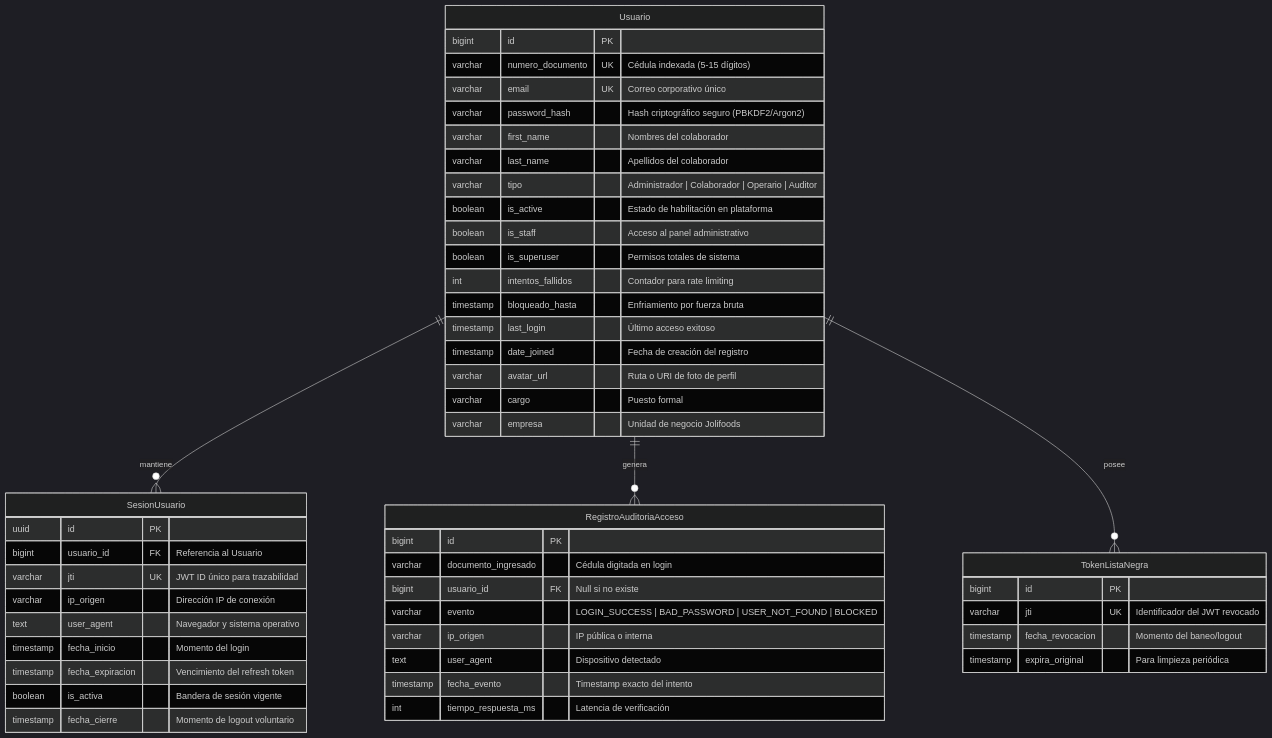
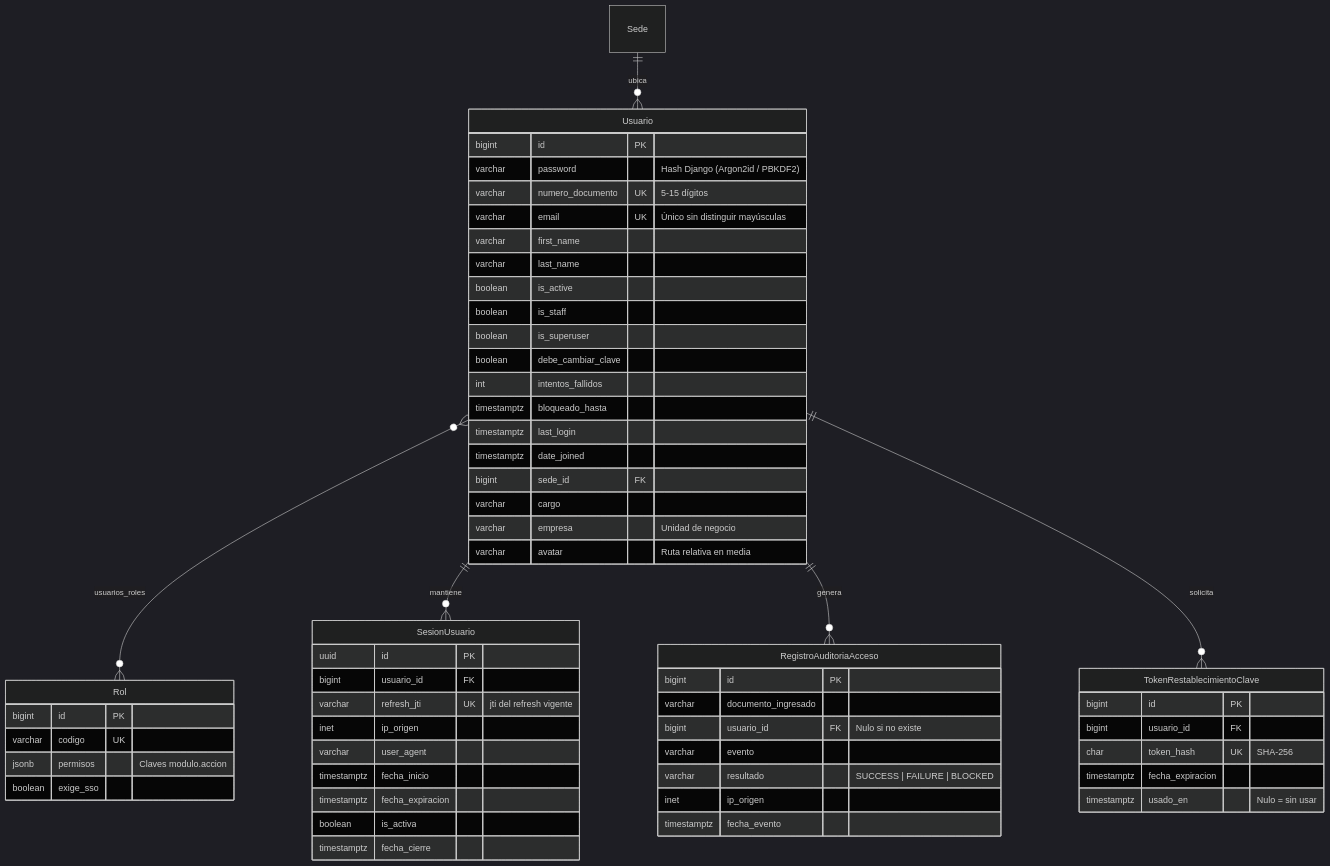
The diagram in model/login/README.md (jnmontoy/sdd), drawn with Mermaid (dark theme) before and after one commit. The commit also changed other lines of this file and 152 other files, not shown here.

````diff
--- a/model/login/README.md
+++ b/model/login/README.md
@@ -24,56 +24,66 @@
 ```mermaid
 erDiagram
+    Sede ||--o{ Usuario : "ubica"
+    Usuario }o--o{ Rol : "usuarios_roles"
     Usuario ||--o{ SesionUsuario : "mantiene"
     Usuario ||--o{ RegistroAuditoriaAcceso : "genera"
-    Usuario ||--o{ TokenListaNegra : "posee"
+    Usuario ||--o{ TokenRestablecimientoClave : "solicita"
 
     Usuario {
         bigint id PK
-        varchar numero_documento UK "Cédula indexada (5-15 dígitos)"
-        varchar email UK "Correo corporativo único"
-        varchar password_hash "Hash criptográfico seguro (PBKDF2/Argon2)"
-        varchar first_name "Nombres del colaborador"
-        varchar last_name "Apellidos del colaborador"
-        varchar tipo "Administrador | Colaborador | Operario | Auditor"
-        boolean is_active "Estado de habilitación en plataforma"
-        boolean is_staff "Acceso al panel administrativo"
-        boolean is_superuser "Permisos totales de sistema"
-        int intentos_fallidos "Contador para rate limiting"
-        timestamp bloqueado_hasta "Enfriamiento por fuerza bruta"
-        timestamp last_login "Último acceso exitoso"
-        timestamp date_joined "Fecha de creación del registro"
-        varchar avatar_url "Ruta o URI de foto de perfil"
-        varchar cargo "Puesto formal"
-        varchar empresa "Unidad de negocio Jolifoods"
+        varchar password "Hash Django (Argon2id / PBKDF2)"
+        varchar numero_documento UK "5-15 dígitos"
+        varchar email UK "Único sin distinguir mayúsculas"
+        varchar first_name
+        varchar last_name
+        boolean is_active
+        boolean is_staff
+        boolean is_superuser
+        boolean debe_cambiar_clave
+        int intentos_fallidos
+        timestamptz bloqueado_hasta
+        timestamptz last_login
+        timestamptz date_joined
+        bigint sede_id FK
+        varchar cargo
+        varchar empresa "Unidad de negocio"
+        varchar avatar "Ruta relativa en media"
+    }
+
+    Rol {
+        bigint id PK
+        varchar codigo UK
+        jsonb permisos "Claves modulo.accion"
+        boolean exige_sso
     }
 
     SesionUsuario {
         uuid id PK
-        bigint usuario_id FK "Referencia al Usuario"
-        varchar jti UK "JWT ID único para trazabilidad"
-        varchar ip_origen "Dirección IP de conexión"
-        text user_agent "Navegador y sistema operativo"
-        timestamp fecha_inicio "Momento del login"
-        timestamp fecha_expiracion "Vencimiento del refresh token"
-        boolean is_activa "Bandera de sesión vigente"
-        timestamp fecha_cierre "Momento de logout voluntario"
+        bigint usuario_id FK
+        varchar refresh_jti UK "jti del refresh vigente"
+        inet ip_origen
+        varchar user_agent
+        timestamptz fecha_inicio
+        timestamptz fecha_expiracion
+        boolean is_activa
+        timestamptz fecha_cierre
     }
 
     RegistroAuditoriaAcceso {
         bigint id PK
-        varchar documento_ingresado "Cédula digitada en login"
-        bigint usuario_id FK "Null si no existe"
-        varchar evento "LOGIN_SUCCESS | BAD_PASSWORD | USER_NOT_FOUND | BLOCKED"
-        varchar ip_origen "IP pública o interna"
-        text user_agent "Dispositivo detectado"
-        timestamp fecha_evento "Timestamp exacto del intento"
-        int tiempo_respuesta_ms "Latencia de verificación"
+        varchar documento_ingresado
+        bigint usuario_id FK "Nulo si no existe"
+        varchar evento
+        varchar resultado "SUCCESS | FAILURE | BLOCKED"
+        inet ip_origen
+        timestamptz fecha_evento
     }
 
-    TokenListaNegra {
+    TokenRestablecimientoClave {
         bigint id PK
-        varchar jti UK "Identificador del JWT revocado"
-        timestamp fecha_revocacion "Momento del baneo/logout"
-        timestamp expira_original "Para limpieza periódica"
+        bigint usuario_id FK
+        char token_hash UK "SHA-256"
+        timestamptz fecha_expiracion
+        timestamptz usado_en "Nulo = sin usar"
     }
 ```
````
